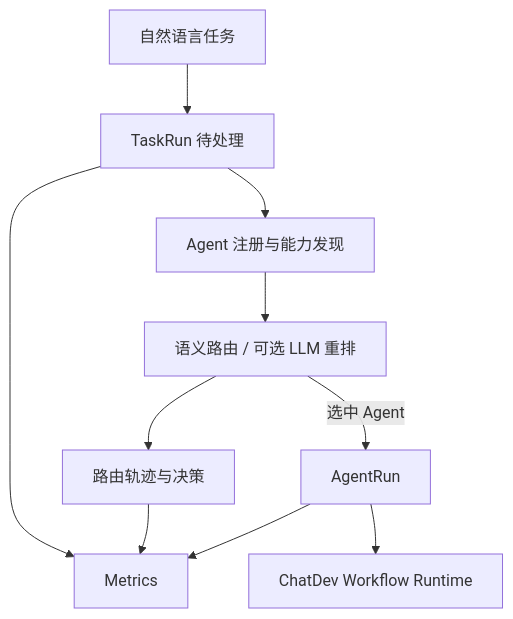
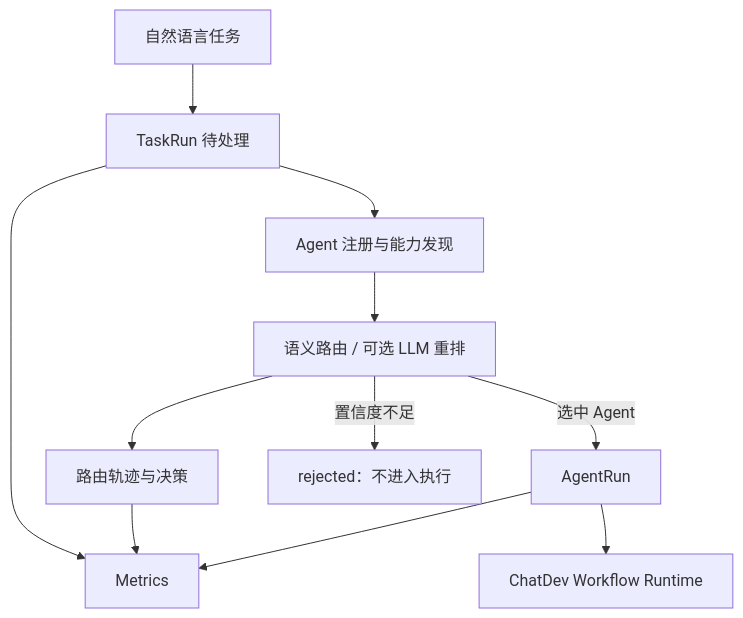
Before and after one commit to hongmuyu/AgentHub: the diagram in README.md, drawn with Mermaid. The commit also changed other lines of this file and 2 other files, not shown here.

````diff
--- a/README.md
+++ b/README.md
@@ -151,12 +197,13 @@
 ```mermaid
 flowchart TD
     U[自然语言任务] --> T[TaskRun 待处理]
     T --> D[Agent 注册与能力发现]
     D --> R[语义路由 / 可选 LLM 重排]
     R --> Q[路由轨迹与决策]
     R -->|选中 Agent| A[AgentRun]
+    R -->|置信度不足| X[rejected：不进入执行]
     A --> W[ChatDev Workflow Runtime]
     T --> M[Metrics]
     Q --> M
     A --> M
 ```
````
